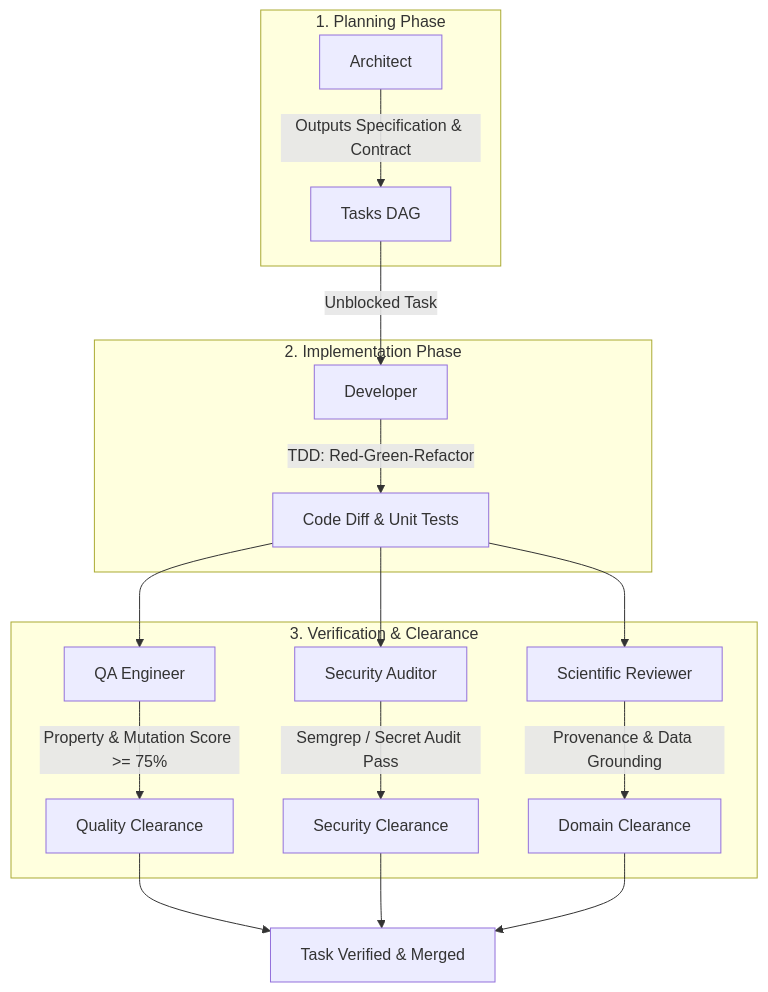
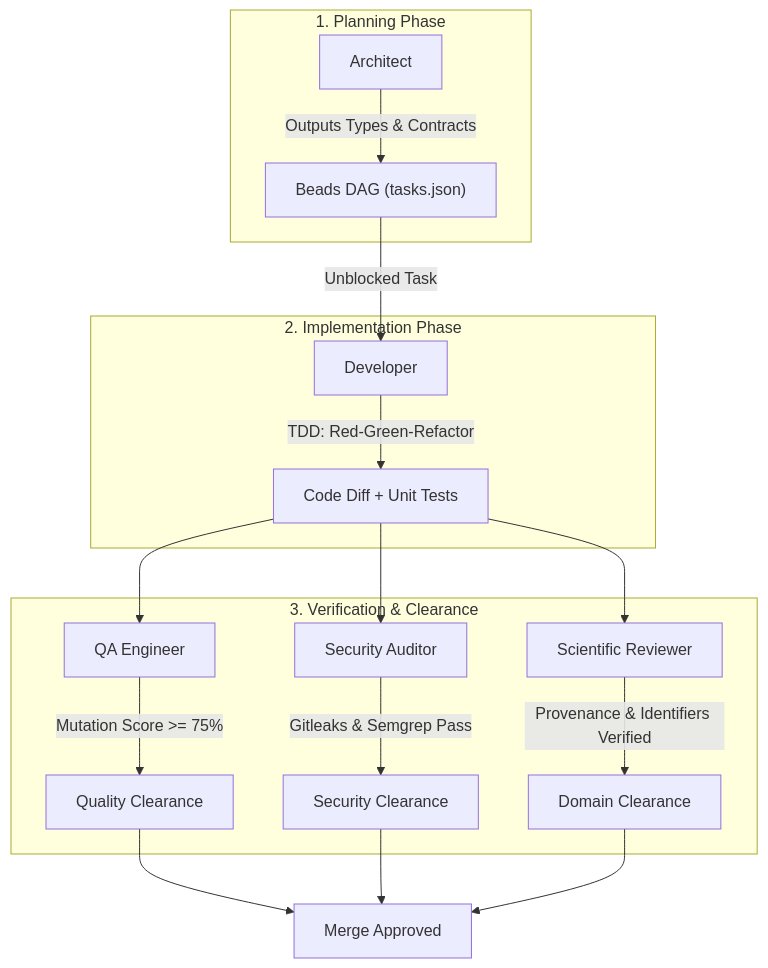
The fifth of 7 diagrams in README.md (SamDozer/antigravity-elite-harness), drawn with Mermaid before and after one commit. The commit also changed other lines of this file and 6 other files, not shown here.

````diff
--- a/README.md
+++ b/README.md
@@ -134,22 +209,22 @@
 ```mermaid
 flowchart TD
-    subgraph PlanningPhase["1. Planning Phase"]
-        A1["Architect"] -->|Outputs Specification & Contract| A2["Tasks DAG"]
+    subgraph Plan["1. Planning Phase"]
+        A1["Architect"] -->|Outputs Types & Contracts| A2["Beads DAG (tasks.json)"]
     end
 
-    subgraph ImplementationPhase["2. Implementation Phase"]
+    subgraph Impl["2. Implementation Phase"]
         A2 -->|Unblocked Task| D1["Developer"]
-        D1 -->|TDD: Red-Green-Refactor| D2["Code Diff & Unit Tests"]
+        D1 -->|TDD: Red-Green-Refactor| D2["Code Diff + Unit Tests"]
     end
 
-    subgraph VerificationPhase["3. Verification & Clearance"]
+    subgraph Verify["3. Verification & Clearance"]
         D2 --> Q1["QA Engineer"]
         D2 --> S1["Security Auditor"]
         D2 --> SC1["Scientific Reviewer"]
-        Q1 -->|Property & Mutation Score >= 75%| V1["Quality Clearance"]
-        S1 -->|Semgrep / Secret Audit Pass| V2["Security Clearance"]
-        SC1 -->|Provenance & Data Grounding| V3["Domain Clearance"]
+        Q1 -->|Mutation Score >= 75%| V1["Quality Clearance"]
+        S1 -->|Gitleaks & Semgrep Pass| V2["Security Clearance"]
+        SC1 -->|Provenance & Identifiers Verified| V3["Domain Clearance"]
     end
 
-    V1 & V2 & V3 --> Done["Task Verified & Merged"]
+    V1 & V2 & V3 --> Ready["Merge Approved"]
 ```
````
